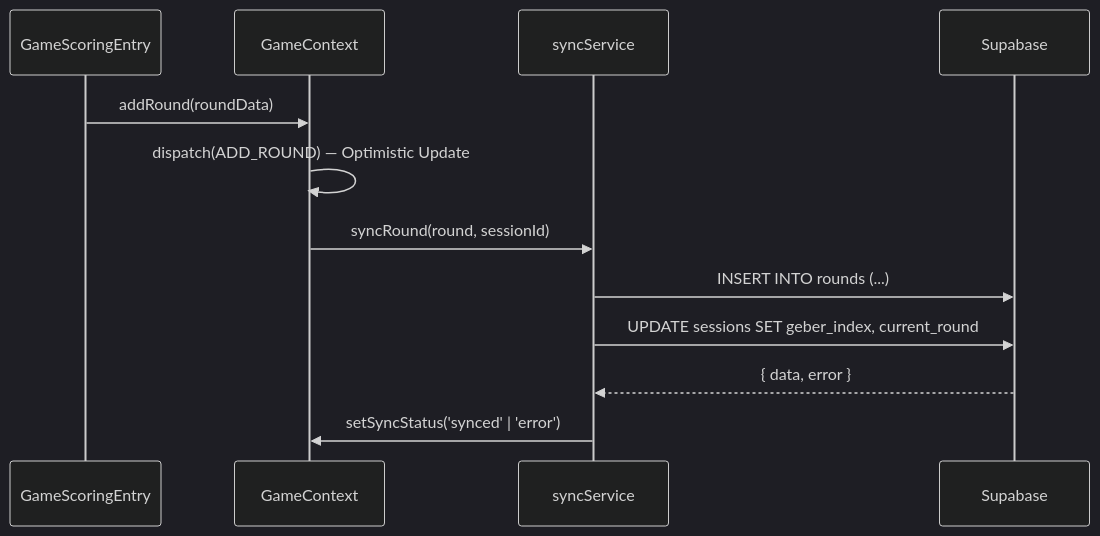
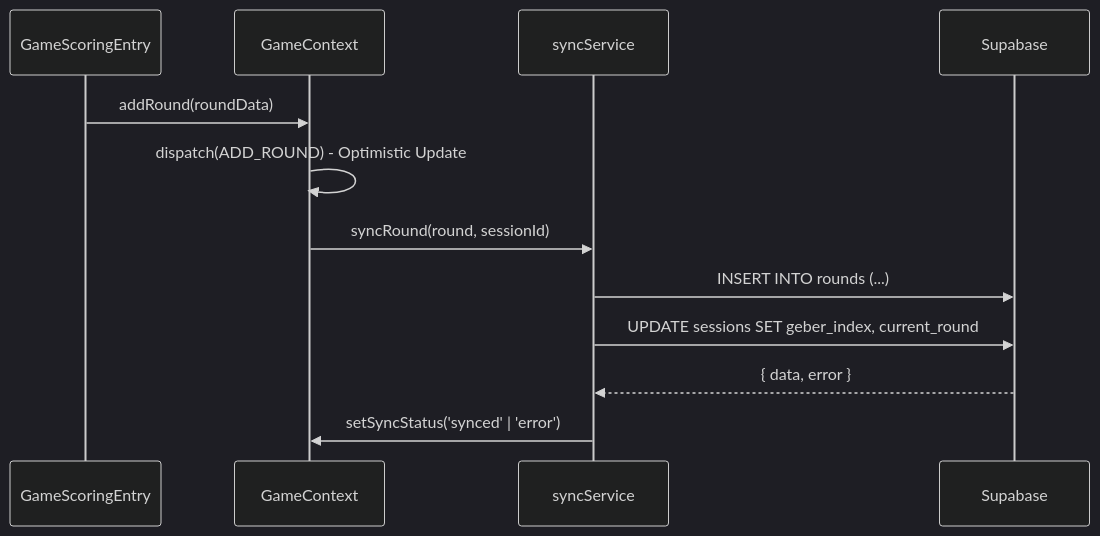
Before and after one commit to krumax/skater: the second of 3 diagrams in .kiro/specs/supabase-persistence/design.md, drawn with Mermaid (dark theme). The commit also changed 78 other files, not shown here.

````diff
--- a/.kiro/specs/supabase-persistence/design.md
+++ b/.kiro/specs/supabase-persistence/design.md
@@ -27,15 +27,15 @@
 ```mermaid
 sequenceDiagram
     participant UI as GameScoringEntry
     participant GC as GameContext
     participant SS as syncService
     participant DB as Supabase
 
     UI->>GC: addRound(roundData)
-    GC->>GC: dispatch(ADD_ROUND) — Optimistic Update
+    GC->>GC: dispatch(ADD_ROUND) - Optimistic Update
     GC->>SS: syncRound(round, sessionId)
     SS->>DB: INSERT INTO rounds (...)
     SS->>DB: UPDATE sessions SET geber_index, current_round
     DB-->>SS: { data, error }
     SS->>GC: setSyncStatus('synced' | 'error')
 ```
````
